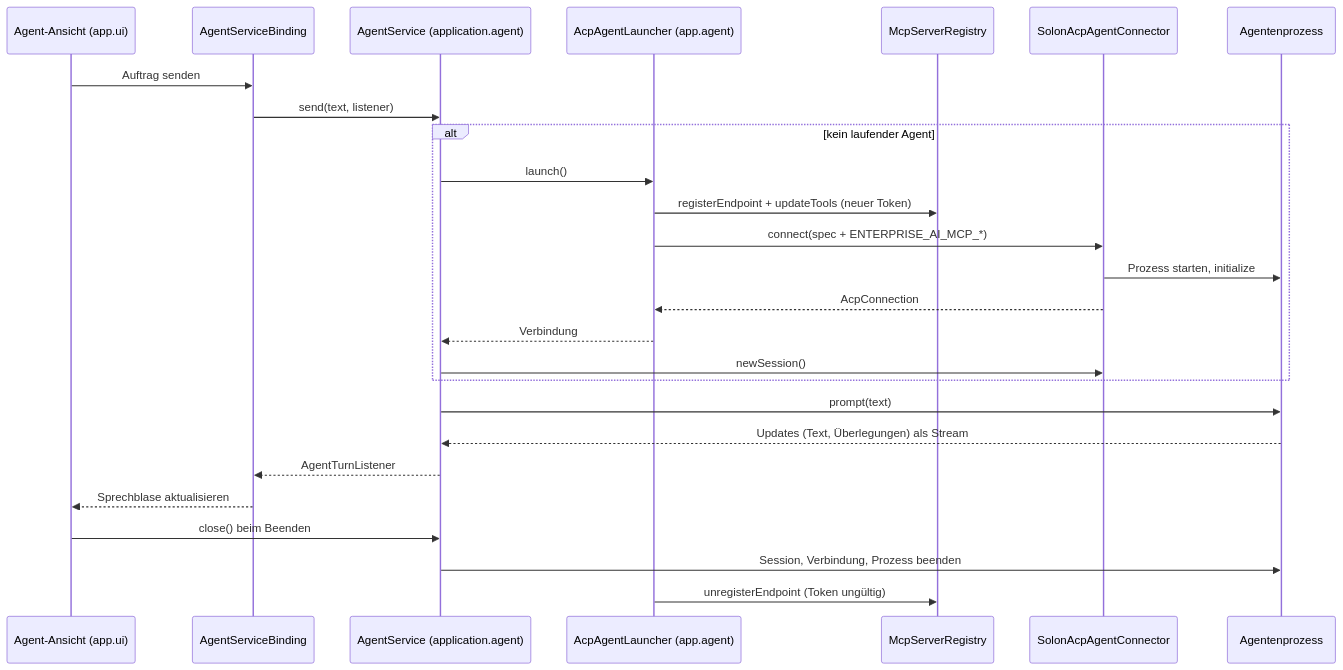
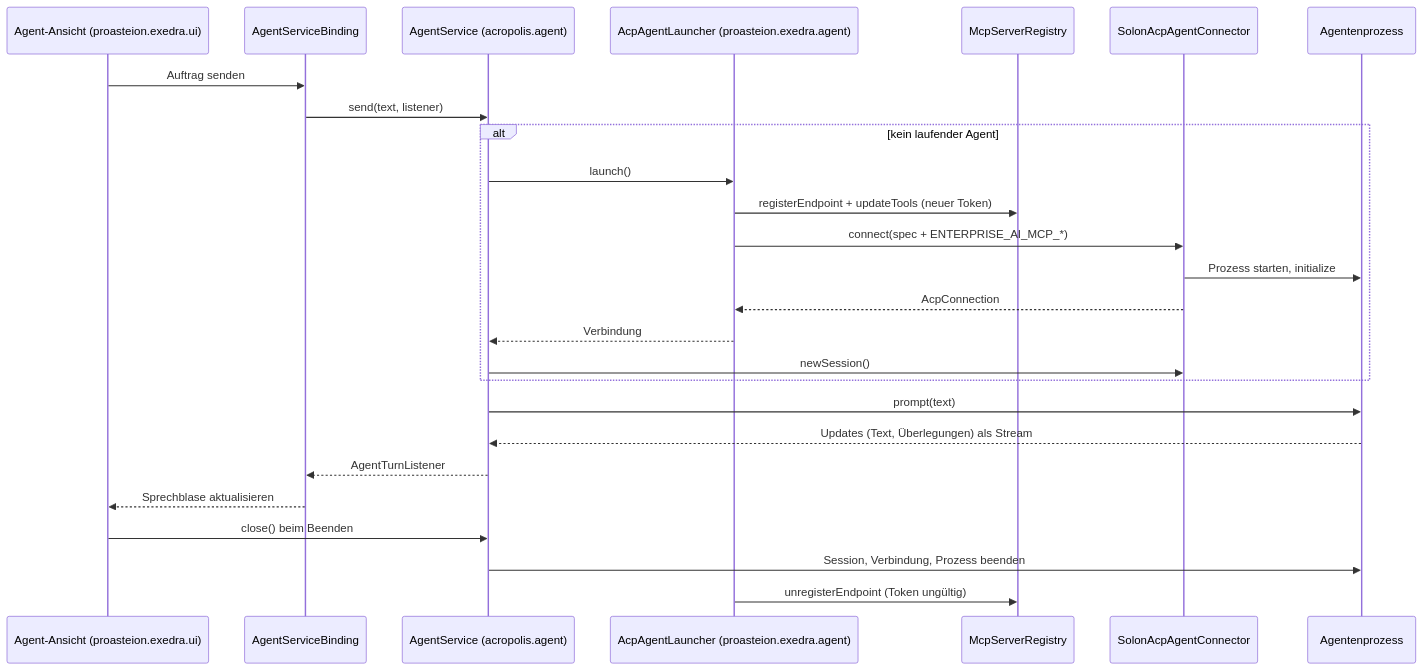
The diagram in docs/acp.md (aresstack/enterprise-ai-client), drawn with Mermaid before and after one commit. The commit also changed other lines of this file and 2204 other files, not shown here.

````diff
--- a/docs/acp.md
+++ b/docs/acp.md
@@ -39,28 +39,28 @@
 ```mermaid
 sequenceDiagram
-    participant UI as Agent-Ansicht (app.ui)
+    participant UI as Agent-Ansicht (proasteion.exedra.ui)
     participant B as AgentServiceBinding
-    participant S as AgentService (application.agent)
-    participant L as AcpAgentLauncher (app.agent)
+    participant S as AgentService (acropolis.agent)
+    participant L as AcpAgentLauncher (proasteion.exedra.agent)
     participant R as McpServerRegistry
     participant C as SolonAcpAgentConnector
     participant P as Agentenprozess
     UI->>B: Auftrag senden
     B->>S: send(text, listener)
     alt kein laufender Agent
         S->>L: launch()
         L->>R: registerEndpoint + updateTools (neuer Token)
         L->>C: connect(spec + ENTERPRISE_AI_MCP_*)
         C->>P: Prozess starten, initialize
         C-->>L: AcpConnection
         L-->>S: Verbindung
         S->>C: newSession()
     end
     S->>P: prompt(text)
     P-->>S: Updates (Text, Überlegungen) als Stream
     S-->>B: AgentTurnListener
     B-->>UI: Sprechblase aktualisieren
     UI->>S: close() beim Beenden
     S->>P: Session, Verbindung, Prozess beenden
     L->>R: unregisterEndpoint (Token ungültig)
 ```
````
